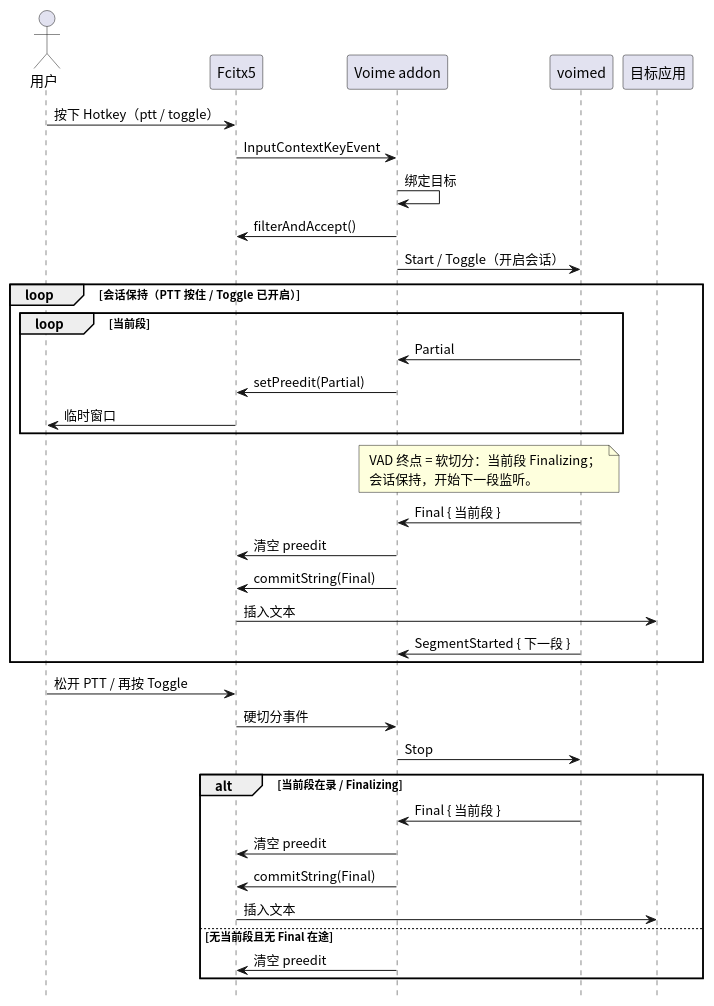
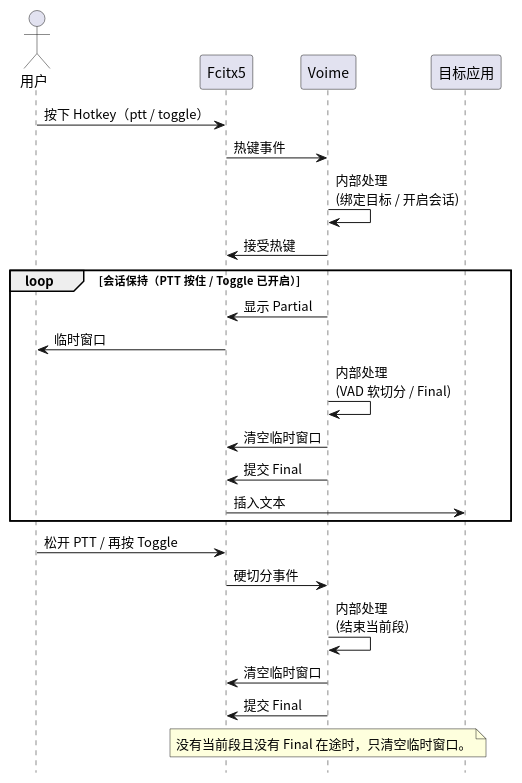
Before and after one commit to 54m43lJ/voime: the diagram in frontends/fcitx/diagram/ptt-toggle.puml, drawn with PlantUML. The commit also changed 65 other files, not shown here.

Commit message:
docs: 按 AUDIT 完成文档修订与图表清理

```diff
--- a/frontends/fcitx/diagram/ptt-toggle.puml
+++ b/frontends/fcitx/diagram/ptt-toggle.puml
@@ -1,49 +1,34 @@
 @startuml
 skinparam defaultFontName "Noto Sans CJK SC"
 skinparam shadowing false
 hide footbox
 
 actor "用户" as User
 participant "Fcitx5" as Fcitx
-participant "Voime addon" as Addon
-participant "voimed" as Daemon
+participant "Voime" as Voime
 participant "目标应用" as App
 
 User -> Fcitx : 按下 Hotkey（ptt / toggle）
-Fcitx -> Addon : InputContextKeyEvent
-Addon -> Addon : 绑定目标
-Addon -> Fcitx : filterAndAccept()
-Addon -> Daemon : Start / Toggle（开启会话）
+Fcitx -> Voime : 热键事件
+Voime -> Voime : 内部处理\n(绑定目标 / 开启会话)
+Voime -> Fcitx : 接受热键
 
 loop 会话保持（PTT 按住 / Toggle 已开启）
-  loop 当前段
-    Daemon -> Addon : Partial
-    Addon -> Fcitx : setPreedit(Partial)
-    Fcitx -> User : 临时窗口
-  end
-
-  note over Addon, Daemon
-    VAD 终点 = 软切分：当前段 Finalizing；
-    会话保持，开始下一段监听。
-  end note
-
-  Daemon -> Addon : Final { 当前段 }
-  Addon -> Fcitx : 清空 preedit
-  Addon -> Fcitx : commitString(Final)
+  Voime -> Fcitx : 显示 Partial
+  Fcitx -> User : 临时窗口
+  Voime -> Voime : 内部处理\n(VAD 软切分 / Final)
+  Voime -> Fcitx : 清空临时窗口
+  Voime -> Fcitx : 提交 Final
   Fcitx -> App : 插入文本
-  Daemon -> Addon : SegmentStarted { 下一段 }
 end
 
 User -> Fcitx : 松开 PTT / 再按 Toggle
-Fcitx -> Addon : 硬切分事件
-Addon -> Daemon : Stop
+Fcitx -> Voime : 硬切分事件
+Voime -> Voime : 内部处理\n(结束当前段)
+Voime -> Fcitx : 清空临时窗口
+Voime -> Fcitx : 提交 Final
 
-alt 当前段在录 / Finalizing
-  Daemon -> Addon : Final { 当前段 }
-  Addon -> Fcitx : 清空 preedit
-  Addon -> Fcitx : commitString(Final)
-  Fcitx -> App : 插入文本
-else 无当前段且无 Final 在途
-  Addon -> Fcitx : 清空 preedit
-end
+note over Voime
+  没有当前段且没有 Final 在途时，只清空临时窗口。
+end note
 @enduml
```
